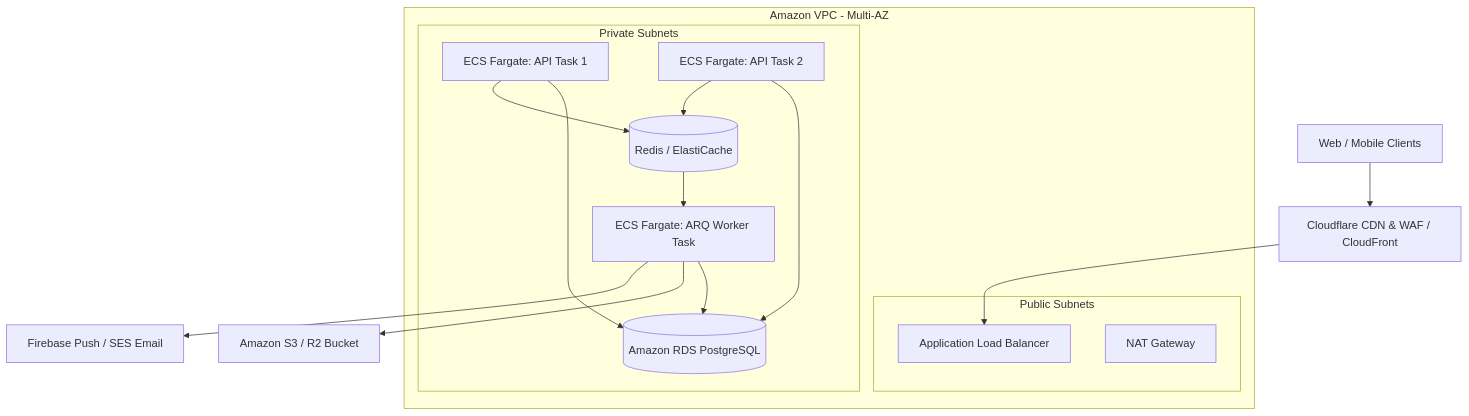
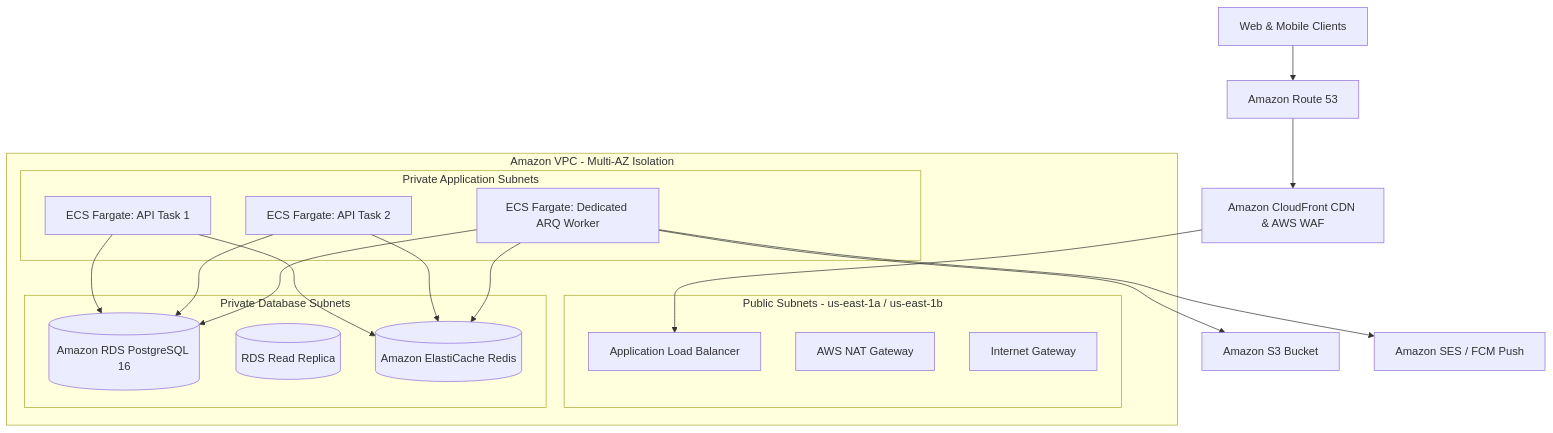
One commit to syedvpd/PAW-GUARD- changed the diagram in docs/deployment/infrastructure_and_capacity_plan.md. Above: the diagram before and after it, drawn with Mermaid. The commit also changed other lines of this file, not shown here.

Commit message:
docs: update infrastructure plan with pure AWS enterprise cloud stack and multi-tier capacity guide

````diff
--- a/docs/deployment/infrastructure_and_capacity_plan.md
+++ b/docs/deployment/infrastructure_and_capacity_plan.md
@@ -17,29 +19,35 @@
 ```mermaid
 graph TD
-    Client[Web / Mobile Clients] --> Cloudflare[Cloudflare CDN & WAF / CloudFront]
-    Cloudflare --> ALB[Application Load Balancer]
+    Client[Web & Mobile Clients] --> Route53[Amazon Route 53]
+    Route53 --> CloudFront[Amazon CloudFront CDN & AWS WAF]
+    CloudFront --> ALB[Application Load Balancer]
     
-    subgraph VPC [Amazon VPC - Multi-AZ]
-        subgraph PublicSubnet [Public Subnets]
+    subgraph VPC [Amazon VPC - Multi-AZ Isolation]
+        subgraph PublicSubnet [Public Subnets - us-east-1a / us-east-1b]
             ALB
-            NAT[NAT Gateway]
+            NAT[AWS NAT Gateway]
+            IGW[Internet Gateway]
         end
         
-        subgraph PrivateSubnet [Private Subnets]
+        subgraph PrivateAppSubnet [Private Application Subnets]
             API1[ECS Fargate: API Task 1]
             API2[ECS Fargate: API Task 2]
-            Worker[ECS Fargate: ARQ Worker Task]
-            RDS[(Amazon RDS PostgreSQL)]
-            Redis[(Redis / ElastiCache)]
+            Worker[ECS Fargate: Dedicated ARQ Worker]
+        end
+        
+        subgraph PrivateDataSubnet [Private Database Subnets]
+            RDS[(Amazon RDS PostgreSQL 16)]
+            Replica[(RDS Read Replica)]
+            ElastiCache[(Amazon ElastiCache Redis)]
         end
     end
     
     API1 --> RDS
     API2 --> RDS
-    API1 --> Redis
-    API2 --> Redis
-    Redis --> Worker
+    API1 --> ElastiCache
+    API2 --> ElastiCache
+    Worker --> ElastiCache
     Worker --> RDS
-    Worker --> S3[Amazon S3 / R2 Bucket]
-    Worker --> FCM[Firebase Push / SES Email]
+    Worker --> S3[Amazon S3 Bucket]
+    Worker --> SES[Amazon SES / FCM Push]
 ```
````
